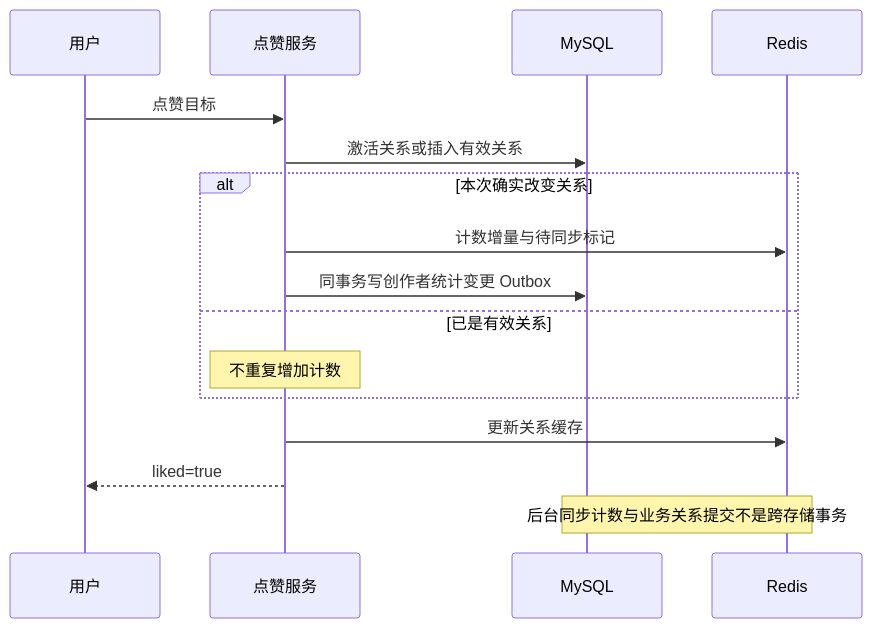
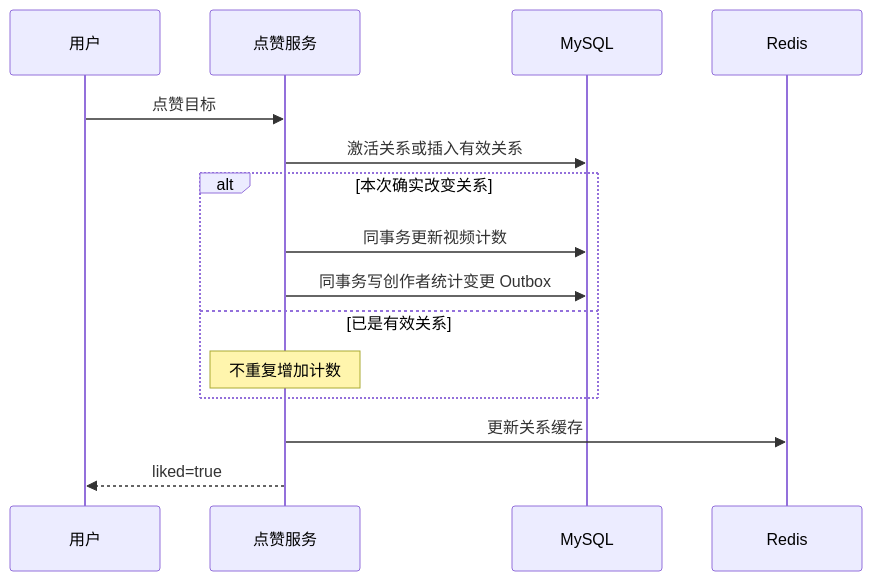
One commit to lifei-cell/bilibili changed the diagram in docs/interview/07-social-interactions.md. Above: the diagram before and after it, drawn with Mermaid. The commit also changed other lines of this file and 27 other files, not shown here.

````diff
--- a/docs/interview/07-social-interactions.md
+++ b/docs/interview/07-social-interactions.md
@@ -15,18 +15,17 @@
 ```mermaid
 sequenceDiagram
     participant B as 用户
     participant S as 点赞服务
     participant DB as MySQL
     participant R as Redis
     B->>S: 点赞目标
     S->>DB: 激活关系或插入有效关系
     alt 本次确实改变关系
-        S->>R: 计数增量与待同步标记
+        S->>DB: 同事务更新视频计数
         S->>DB: 同事务写创作者统计变更 Outbox
     else 已是有效关系
         Note over S: 不重复增加计数
     end
     S->>R: 更新关系缓存
     S-->>B: liked=true
-    Note over R,DB: 后台同步计数与业务关系提交不是跨存储事务
 ```
````
